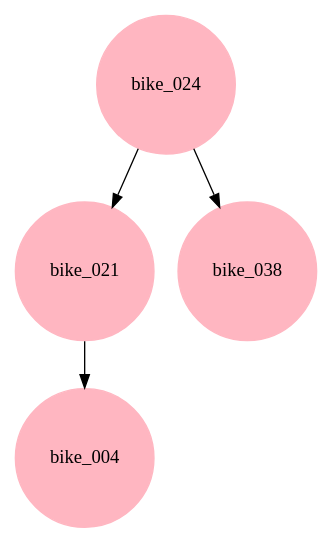
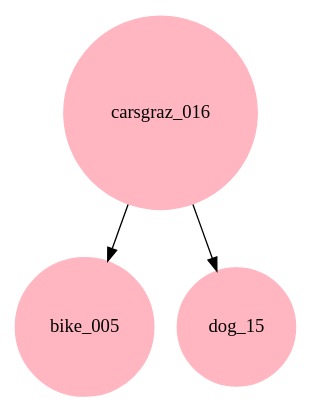
Before and after one commit to adl088/ArbolAVL: the diagram in archivo.dot, drawn with Graphviz. The commit also changed 13 other files, not shown here.

```diff
--- a/archivo.dot
+++ b/archivo.dot
@@ -1,12 +1,11 @@
 digraph G
 {
      node[shape = circle]
      node[style = filled]
      node[fillcolor = "#FFB6C1"]
      node[color = "#FFB6C1"]
      edge[color = "#000000"]
-bike_024->bike_021->bike_004
-
-bike_024->bike_038
+carsgraz_016->bike_005
+carsgraz_016->dog_15
 
 }
```
